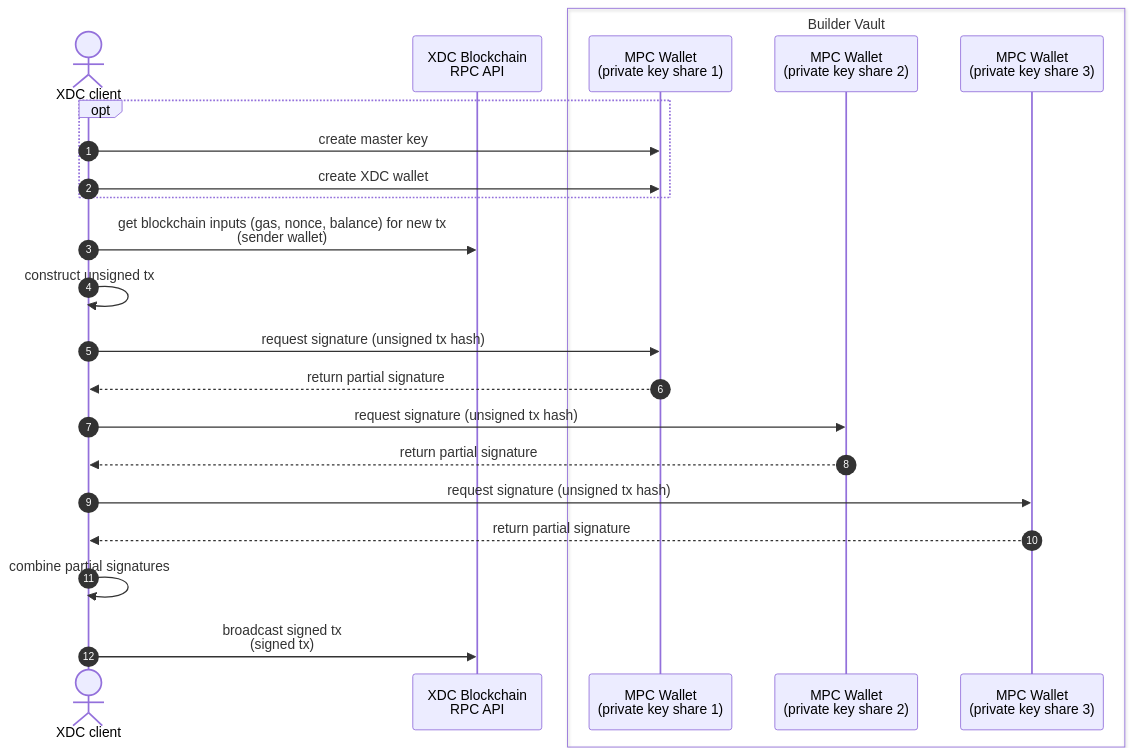
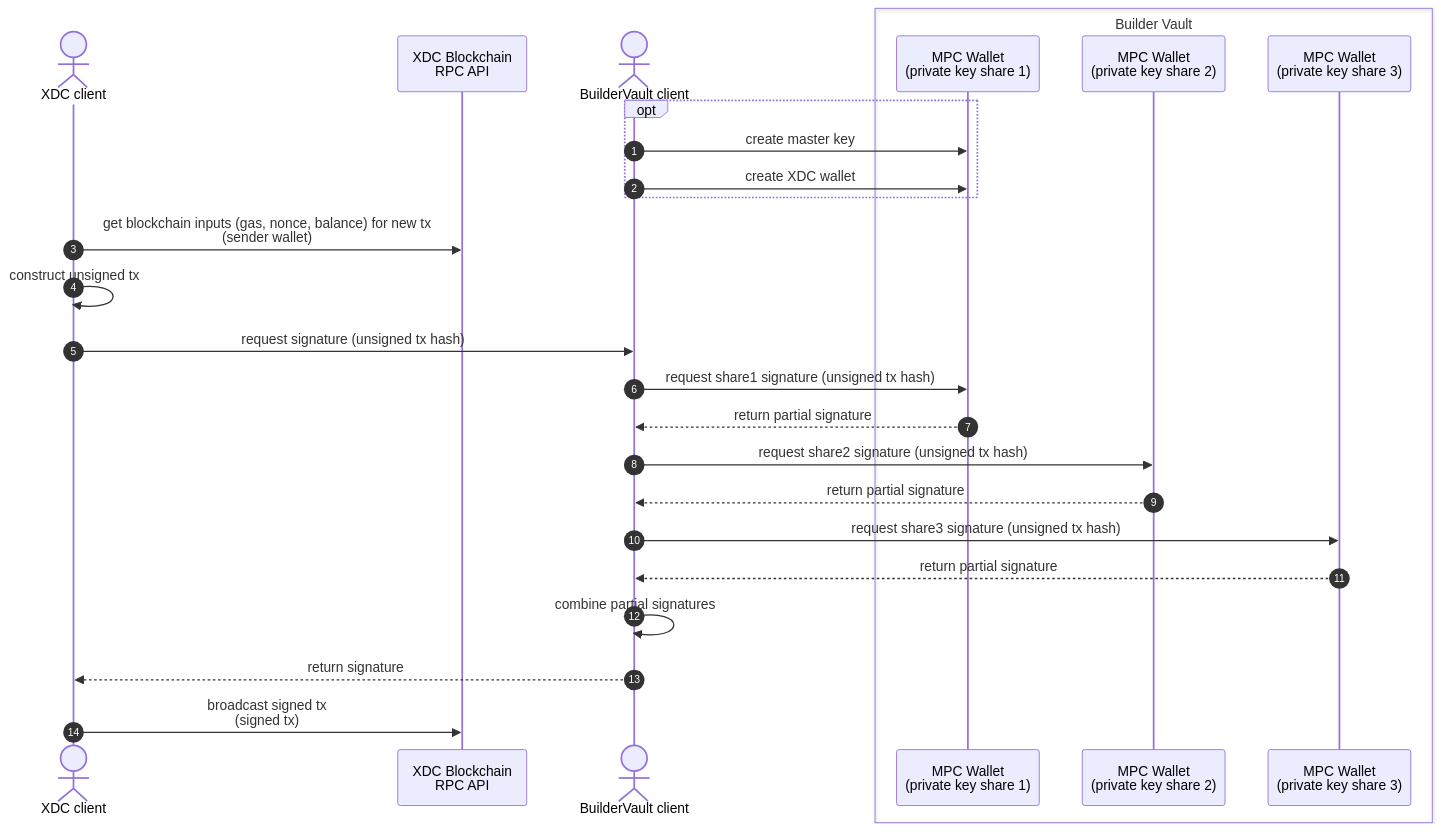
One commit to Blockdaemon/builder-vault-xdc-workshop changed the diagram in README.md. Above: the diagram before and after it, drawn with Mermaid. The commit also changed 1 other file, not shown here.

Commit message:
fix formatting

````diff
--- a/README.md
+++ b/README.md
@@ -4,28 +4,32 @@
 ```mermaid
 sequenceDiagram
     autonumber
-    actor client as XDC client
+    actor client1 as XDC client
     participant Blockchain as XDC Blockchain<br> RPC API
+    actor client2 as BuilderVault client
     box Builder Vault
       participant TSM1 as MPC Wallet <br>(private key share 1)
       participant TSM2 as MPC Wallet <br>(private key share 2)
       participant TSM3 as MPC Wallet <br>(private key share 3)
     end
     #note over client,TSM2: Create wallet
     opt
-      client ->> TSM1: create master key
-      client ->> TSM1: create XDC wallet 
+      client2 ->> TSM1: create master key
+      client2 ->> TSM1: create XDC wallet 
     end
 
     #note over client,TSM2: Create transations
-    client ->> Blockchain: get blockchain inputs (gas, nonce, balance) for new tx<br>(sender wallet)
-    client ->> client: construct unsigned tx
-    client ->> TSM1: request signature (unsigned tx hash)
-    TSM1 -->> client: return partial signature
-    client ->> TSM2: request signature (unsigned tx hash)
-    TSM2 -->> client: return partial signature
-    client ->> TSM3: request signature (unsigned tx hash)
-    TSM3 -->> client: return partial signature
-    client ->> client: combine partial signatures
-    client ->> Blockchain: broadcast signed tx<br>(signed tx)
+    client1 ->> Blockchain: get blockchain inputs (gas, nonce, balance) for new tx<br>(sender wallet)
+    client1 ->> client1: construct unsigned tx
+    client1 ->> client2: request signature (unsigned tx hash)
+
+    client2 ->> TSM1: request share1 signature (unsigned tx hash)
+    TSM1 -->> client2: return partial signature
+    client2 ->> TSM2: request share2 signature (unsigned tx hash)
+    TSM2 -->> client2: return partial signature
+    client2 ->> TSM3: request share3 signature (unsigned tx hash)
+    TSM3 -->> client2: return partial signature
+    client2 ->> client2: combine partial signatures
+    client2 -->> client1: return signature
+    client1 ->> Blockchain: broadcast signed tx<br>(signed tx)
 ```
````
